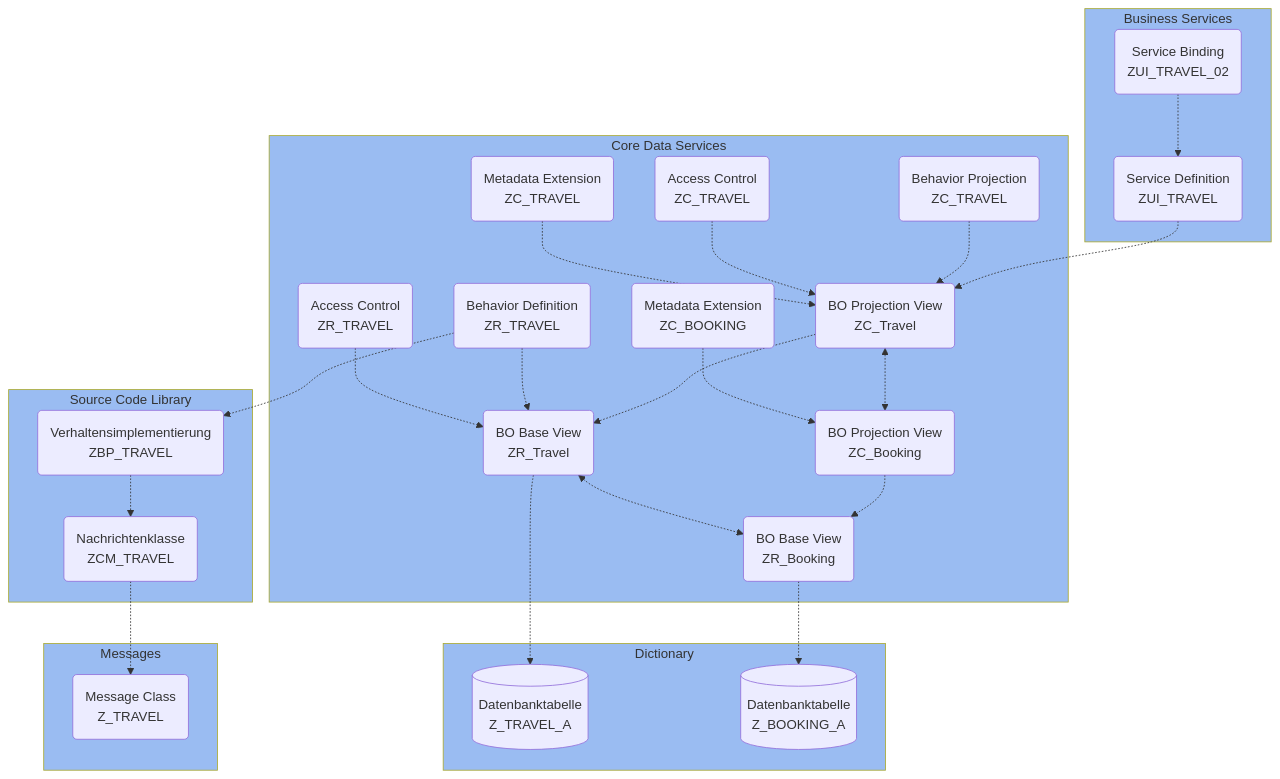
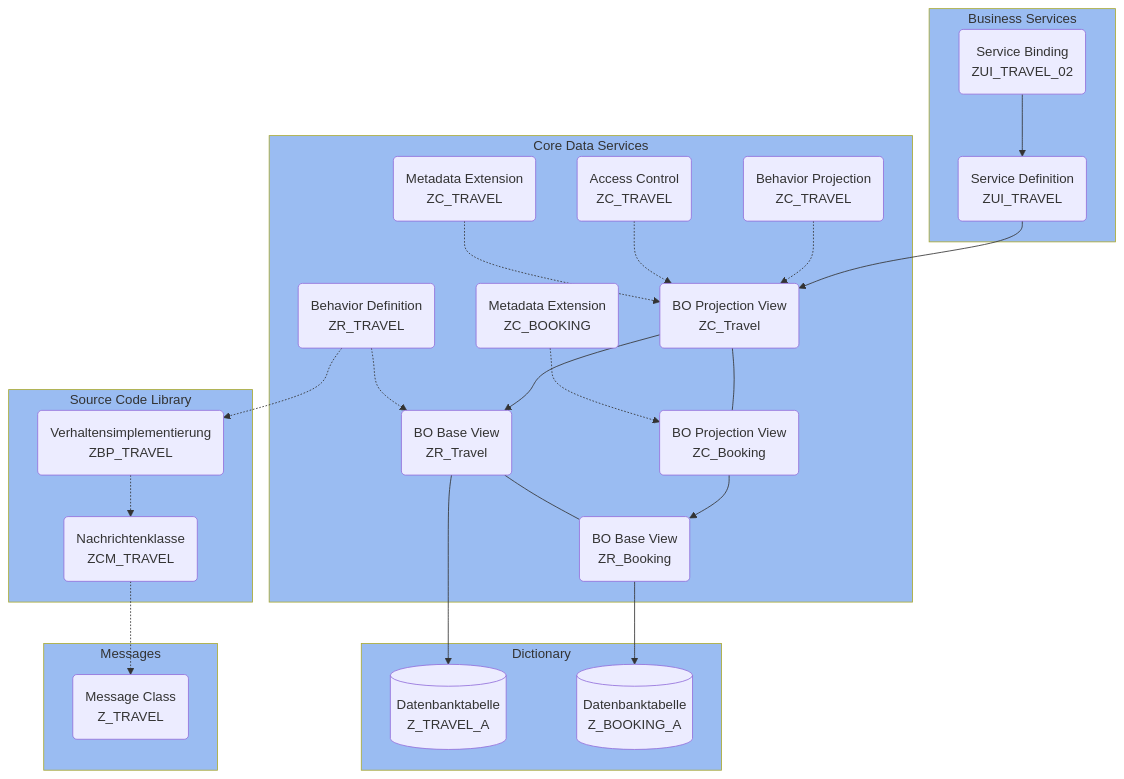
One commit to appenmaier/s4hana changed the diagram in docs/rap-cookbook/introduction.md. Above: the diagram before and after it, drawn with Mermaid. The commit also changed 16 other files, not shown here.

````diff
--- a/docs/rap-cookbook/introduction.md
+++ b/docs/rap-cookbook/introduction.md
@@ -9,62 +9,60 @@
 ```mermaid
 flowchart
-    zuitravelv2 -.-> zuitravel
-    zuitravel -.-> zctravel
-    zctravel <-.-> zcbooking
-    zctravel -.-> zrtravel
-    zcbooking -.-> zrbooking
-    zrtravel <-.-> zrbooking
-    zrtravel -.-> ztravela
-    zrbooking -.-> zbookinga
+    zuitravelv2 --> zuitravel
+    zuitravel --> zctravel
+    zctravel --- zcbooking
+    zctravel --> zrtravel
+    zcbooking --> zrbooking
+    zrtravel --- zrbooking
+    zrtravel --> ztravela
+    zrbooking --> zbookinga
     zrtravelBD -.-> zrtravel
     zctravelBP -.-> zctravel
-    zrtravelAC -.-> zrtravel
     zctravelAC -.-> zctravel
     zctravelME -.-> zctravel
     zcbookingME -.-> zcbooking
     zrtravelBD -.-> zbptravel
     zbptravel -.-> zcmtravel
     zcmtravel -.-> ztravel
 
     subgraph Dictionary
         ztravela[(Datenbanktabelle\nZ_TRAVEL_A)]
         zbookinga[(Datenbanktabelle\nZ_BOOKING_A)]
     end
 
     subgraph Messages
         ztravel(Message Class\nZ_TRAVEL)
     end
 
     subgraph Core&#160Data&#160Services
         zrtravel(BO Base View\nZR_Travel)
         zrbooking(BO Base View\nZR_Booking)
 
         zctravel(BO Projection View\nZC_Travel)
         zcbooking(BO Projection View\nZC_Booking)
 
         zrtravelBD(Behavior Definition\nZR_TRAVEL)
         zctravelBP(Behavior Projection\nZC_TRAVEL)
 
-        zrtravelAC(Access Control\nZR_TRAVEL)
         zctravelAC(Access Control\nZC_TRAVEL)
 
         zctravelME(Metadata Extension\nZC_TRAVEL)
         zcbookingME(Metadata Extension\nZC_BOOKING)
     end
 
     subgraph Business&#160Services
         zuitravel(Service Definition\nZUI_TRAVEL)
         zuitravelv2(Service Binding\nZUI_TRAVEL_02)
     end
 
     subgraph Source&#160Code&#160Library
         zbptravel(Verhaltensimplementierung\nZBP_TRAVEL)
         zcmtravel(Nachrichtenklasse\nZCM_TRAVEL)
     end
 
     style Business&#160Services fill:#9abcf2
     style Source&#160Code&#160Library fill:#9abcf2
     style Core&#160Data&#160Services fill:#9abcf2
     style Dictionary fill:#9abcf2
     style Messages fill:#9abcf2
 ```
````
